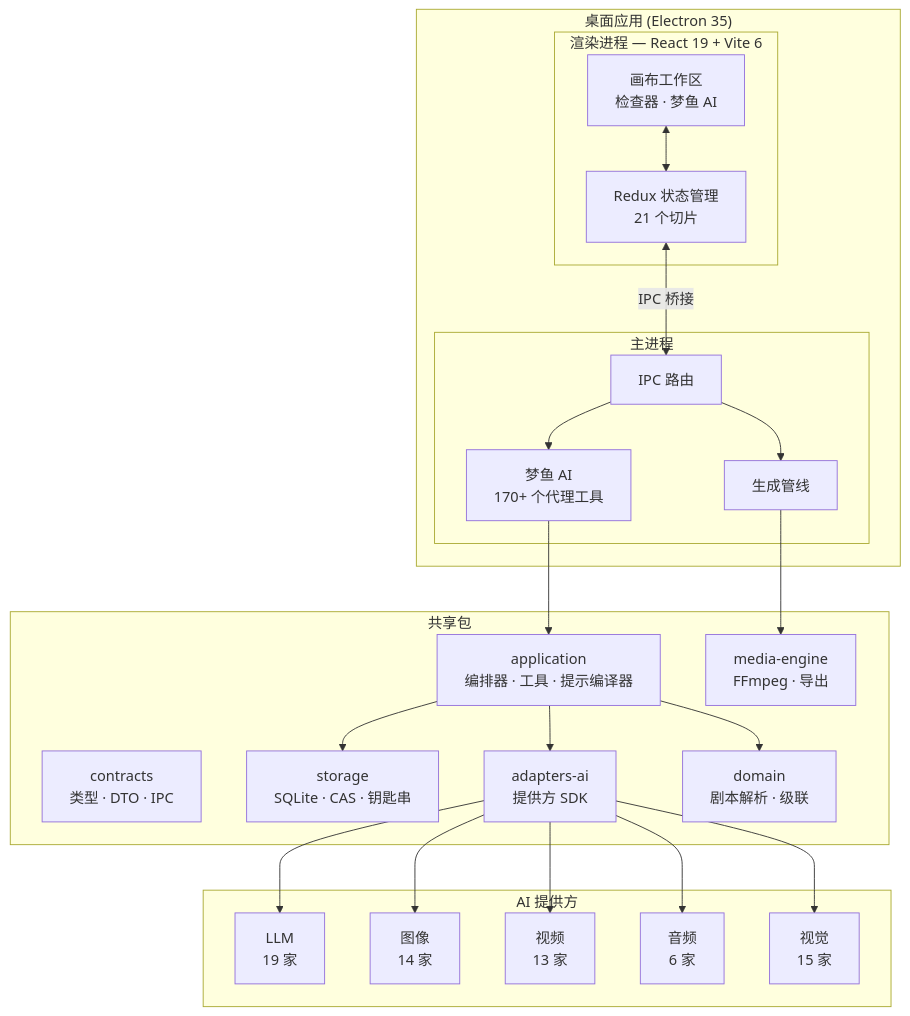
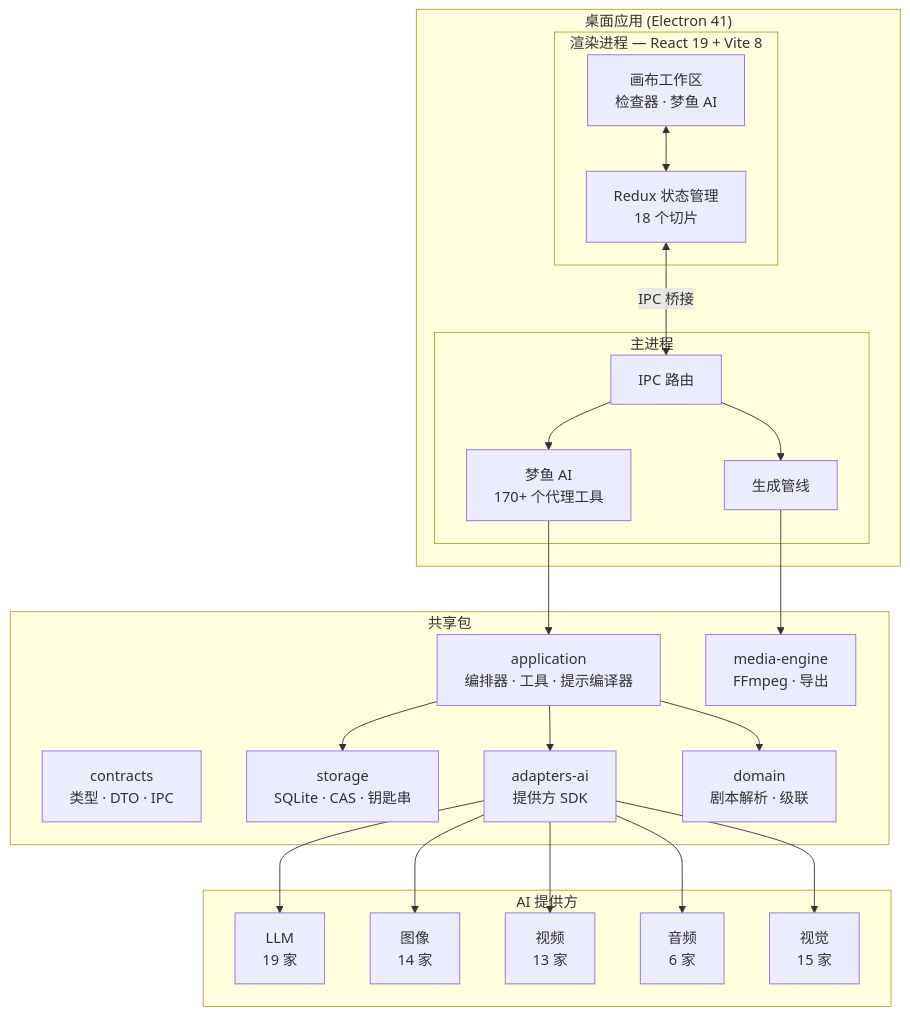
Before and after one commit to NAinfini/Inifni-Lucid-Fin: the diagram in README.zh-CN.md, drawn with Mermaid. The commit also changed other lines of this file and 303 other files, not shown here.

````diff
--- a/README.zh-CN.md
+++ b/README.zh-CN.md
@@ -193,49 +195,49 @@
 ```mermaid
 graph TB
-    subgraph Desktop["桌面应用 (Electron 35)"]
-        subgraph Renderer["渲染进程 — React 19 + Vite 6"]
+    subgraph Desktop["桌面应用 (Electron 41)"]
+        subgraph Renderer["渲染进程 — React 19 + Vite 8"]
             UI["画布工作区<br/>检查器 &middot; 梦鱼 AI"]
-            Store["Redux 状态管理<br/>21 个切片"]
+            Store["Redux 状态管理<br/>18 个切片"]
         end
 
         subgraph Main["主进程"]
             IPC["IPC 路由"]
             Pipeline["生成管线"]
             Commander["梦鱼 AI<br/>170+ 个代理工具"]
         end
 
         UI <--> Store
         Store <-- "IPC 桥接" --> IPC
         IPC --> Pipeline
         IPC --> Commander
     end
 
     subgraph Packages["共享包"]
         Contracts["contracts<br/>类型 &middot; DTO &middot; IPC"]
         AppLayer["application<br/>编排器 &middot; 工具 &middot; 提示编译器"]
         Storage["storage<br/>SQLite &middot; CAS &middot; 钥匙串"]
         Adapters["adapters-ai<br/>提供方 SDK"]
         Domain["domain<br/>剧本解析 &middot; 级联"]
         Media["media-engine<br/>FFmpeg &middot; 导出"]
     end
 
     Commander --> AppLayer
     Pipeline --> Media
     AppLayer --> Storage
     AppLayer --> Adapters
     AppLayer --> Domain
 
     subgraph Providers["AI 提供方"]
         LLM["LLM<br/>19 家"]
         IMG["图像<br/>14 家"]
         VID["视频<br/>13 家"]
         AUD["音频<br/>6 家"]
         VIS["视觉<br/>15 家"]
     end
 
     Adapters --> LLM
     Adapters --> IMG
     Adapters --> VID
     Adapters --> AUD
     Adapters --> VIS
 ```
````
